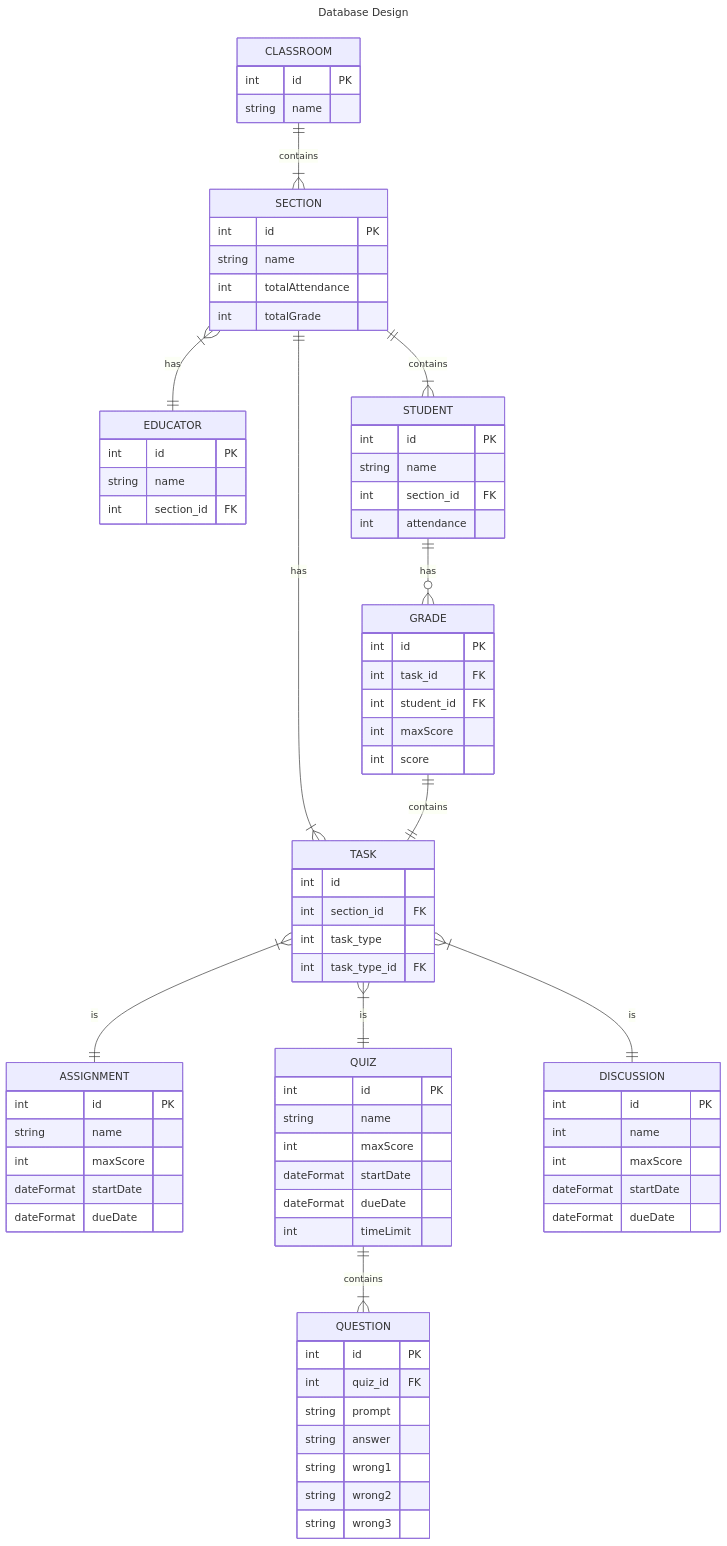
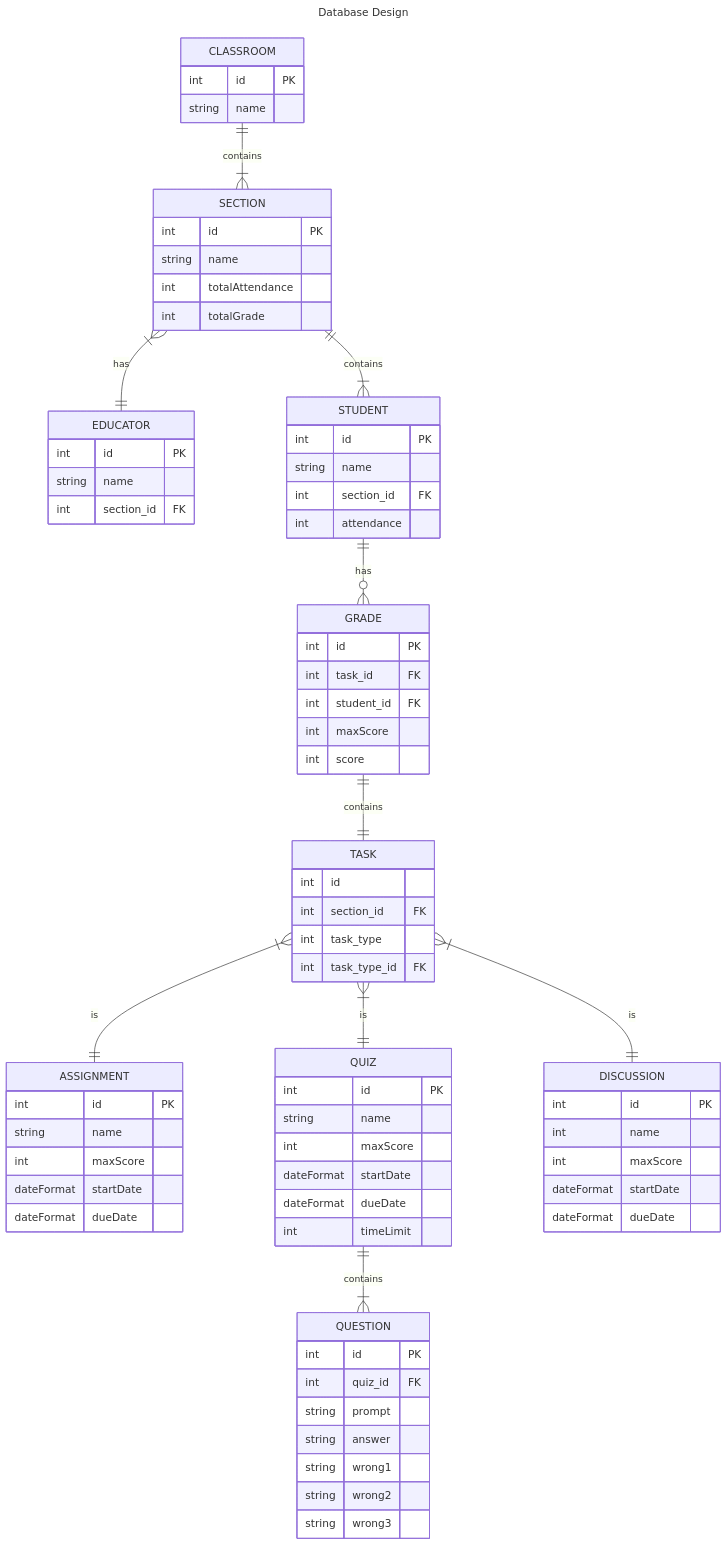
One commit to Capstone-Projects-2023-Spring/project-discord-classroom changed the second of 8 diagrams in documentation/docs/system-architecture/design.md. Above: the diagram before and after it, drawn with Mermaid. The commit also changed other lines of this file, not shown here.

Commit message:
Updated sequence diagram html and fixed database diagram

````diff
--- a/documentation/docs/system-architecture/design.md
+++ b/documentation/docs/system-architecture/design.md
@@ -48,81 +48,80 @@
 ```mermaid
 ---
 title: Database Design
 ---
 erDiagram
     CLASSROOM {
         int id PK
         string name
     }
     SECTION {
         int id PK
         string name
         int totalAttendance
         int totalGrade
     }
     EDUCATOR {
         int id PK
         string name
         int section_id FK
     }
     STUDENT {
         int id PK
         string name
         int section_id FK
         int attendance
     }
     TASK {
         int id
         int section_id FK
         int task_type
         int task_type_id FK
     }
     ASSIGNMENT {
         int id PK
         string name
         int maxScore
         dateFormat startDate
         dateFormat dueDate
     }
     QUIZ {
         int id PK
         string name
         int maxScore
         dateFormat startDate
         dateFormat dueDate
         int timeLimit
     }
     QUESTION {
         int id PK
         int quiz_id FK
         string prompt
         string answer
         string wrong1
         string wrong2
         string wrong3
     }
     DISCUSSION {
        int id PK
        int name
        int maxScore
        dateFormat startDate
        dateFormat dueDate 
     }
     GRADE {
         int id PK
         int task_id FK
         int student_id FK
         int maxScore
         int score
     }
     CLASSROOM ||--|{ SECTION : contains
     SECTION ||--|{ STUDENT : contains
-    SECTION || -- |{ TASK : has
     TASK }|--|| ASSIGNMENT : is
     TASK }|--|| QUIZ : is
     TASK }|--|| DISCUSSION : is
     QUIZ ||--|{ QUESTION : contains
     STUDENT ||--o{ GRADE : has
     SECTION }|--|| EDUCATOR : has
     GRADE || -- || TASK : contains
 ```
````
